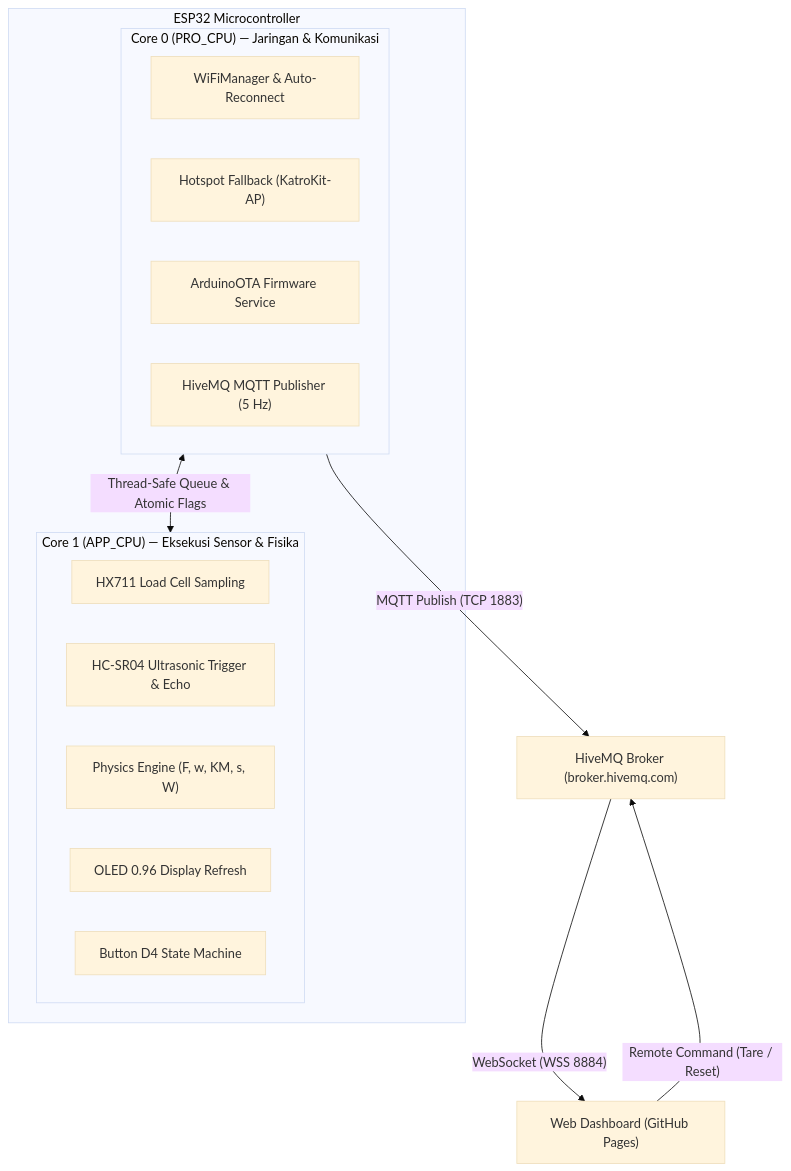
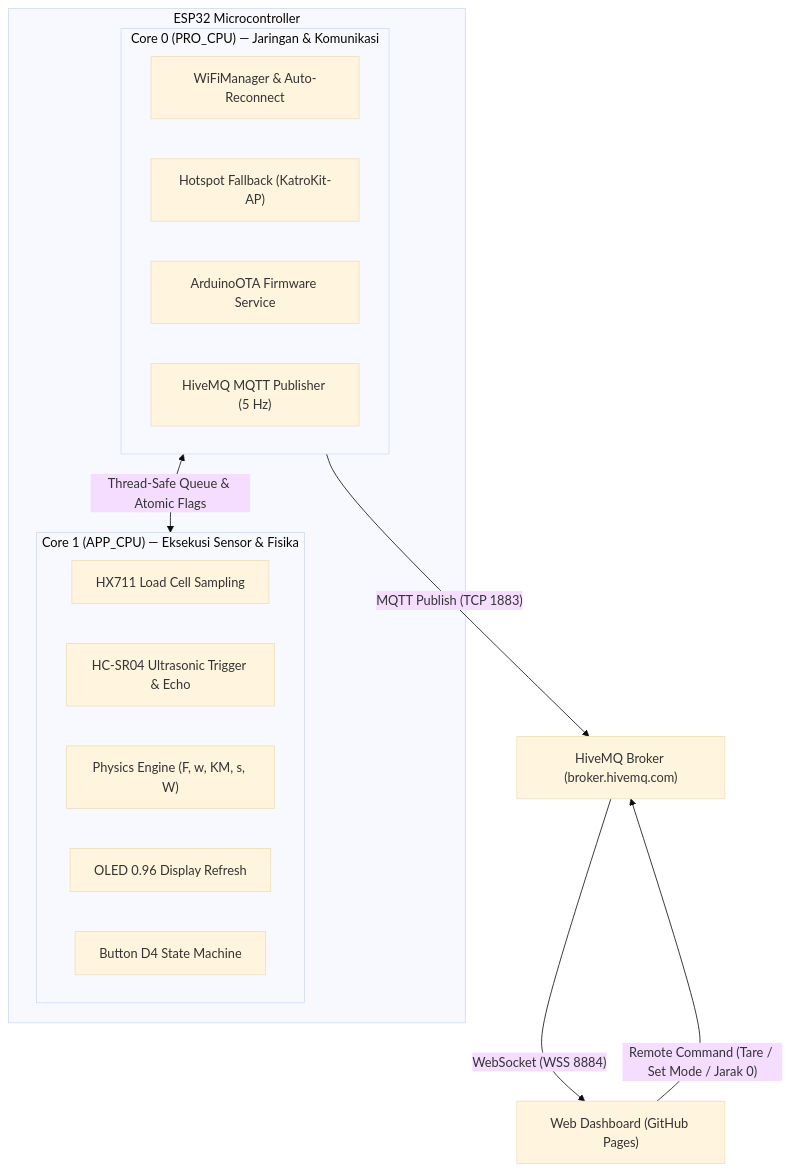
One commit to syahrilTGR/KatroKit_esp32 changed the diagram in README.md. Above: the diagram before and after it, drawn with Mermaid (base theme). The commit also changed other lines of this file and 1 other file, not shown here.

````diff
--- a/README.md
+++ b/README.md
@@ -64,25 +65,25 @@
 ```mermaid
 flowchart TD
   subgraph ESP32 ["ESP32 Microcontroller"]
     subgraph Core0 ["Core 0 (PRO_CPU) — Jaringan & Komunikasi"]
       WIFI["WiFiManager & Auto-Reconnect"]
       AP["Hotspot Fallback (KatroKit-AP)"]
       OTA["ArduinoOTA Firmware Service"]
       MQTT["HiveMQ MQTT Publisher (5 Hz)"]
     end
 
     subgraph Core1 ["Core 1 (APP_CPU) — Eksekusi Sensor & Fisika"]
       HX["HX711 Load Cell Sampling"]
       US["HC-SR04 Ultrasonic Trigger & Echo"]
       CALC["Physics Engine (F, w, KM, s, W)"]
       OLED["OLED 0.96 Display Refresh"]
       BTN["Button D4 State Machine"]
     end
 
     Core0 <-->|"Thread-Safe Queue & Atomic Flags"| Core1
   end
 
   Core0 -->|"MQTT Publish (TCP 1883)"| HiveMQ["HiveMQ Broker (broker.hivemq.com)"]
   HiveMQ -->|"WebSocket (WSS 8884)"| Web["Web Dashboard (GitHub Pages)"]
-  Web -->|"Remote Command (Tare / Reset)"| HiveMQ
+  Web -->|"Remote Command (Tare / Set Mode / Jarak 0)"| HiveMQ
 ```
````
